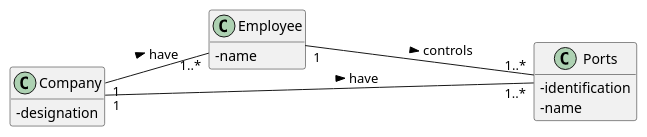
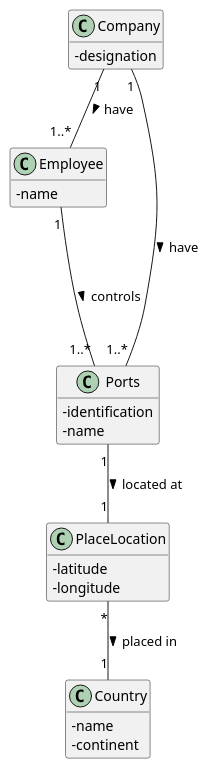
One commit to 0franciscor/lapr3-2021-g042 changed the diagram in docs/US201/US201_DM.puml. Above: the diagram before and after it, drawn with PlantUML. The commit also changed 11 other files, not shown here.

```diff
--- a/docs/US201/US201_DM.puml
+++ b/docs/US201/US201_DM.puml
@@ -1,25 +1,38 @@
 @startuml
 'https://plantuml.com/class-diagram
 
 hide methods
-left to right direction
+
 skinparam classAttributeIconSize 0
 
 class Employee {
 -name
 }
 
 class Ports {
 -identification
 -name
 }
 
+class PlaceLocation {
+-latitude
+-longitude
+}
+
+class Country {
+-name
+-continent
+}
+
 class Company {
 -designation
 }
 
 Company "1"--"1..*" Employee: have >
 Company "1"--"1..*" Ports: have >
 Employee "1" --- "1..*" Ports : controls >
 
+
+Ports "1" -- "1" PlaceLocation : located at >
+PlaceLocation "*" -- "1" Country : placed in >
 @enduml
```
